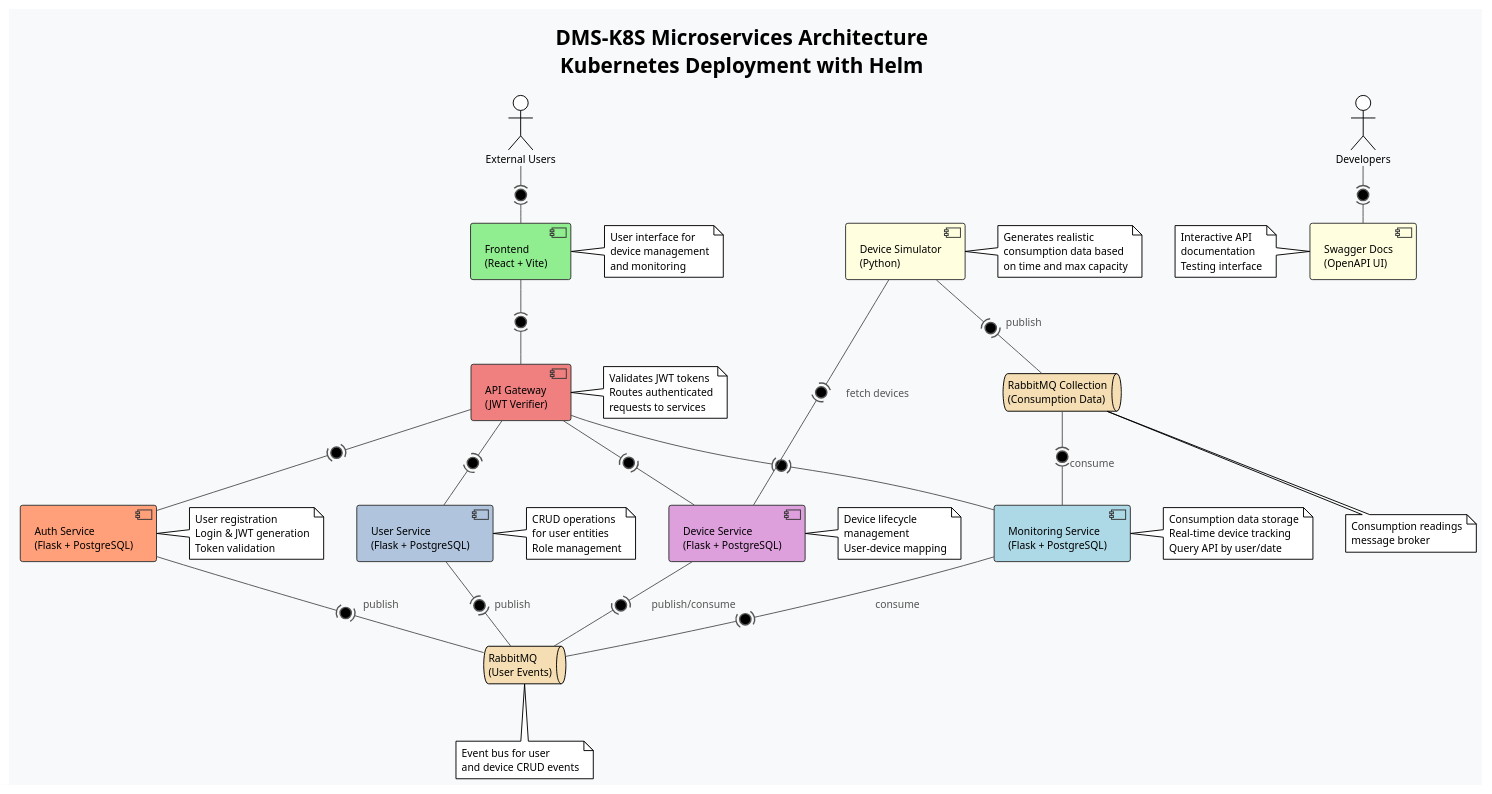
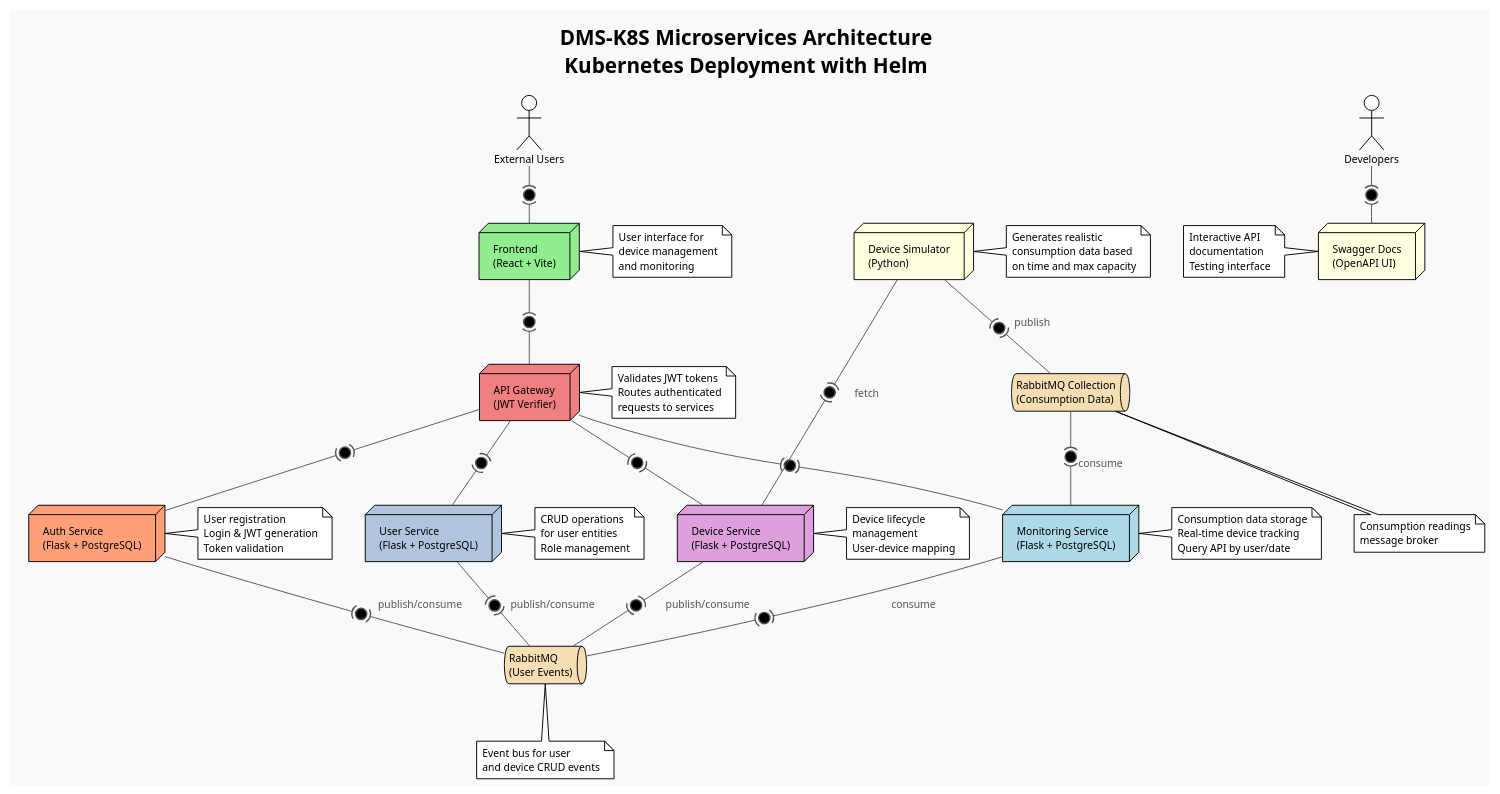
The diagram in deployment.puml (Simi445/DMS-K8S), drawn with PlantUML before and after one commit. The commit also changed 1 other file, not shown here.

```diff
--- a/deployment.puml
+++ b/deployment.puml
@@ -1,104 +1,104 @@
 @startuml
 !theme plain
 skinparam backgroundColor #f8f9fa
 skinparam defaultFontSize 11
 skinparam component {
   BackgroundColor white
   BorderColor #333333
   FontColor #000000
 }
 skinparam ArrowColor #555555
 skinparam ArrowFontColor #555555
 
 title **DMS-K8S Microservices Architecture**\nKubernetes Deployment with Helm
 
 actor "External Users" as Users
 actor "Developers" as Devs
 
-component "Frontend\n(React + Vite)" as Frontend #lightgreen
+node "Frontend\n(React + Vite)" as Frontend #lightgreen
 note right of Frontend
   User interface for
   device management
   and monitoring
 end note
 
-component "API Gateway\n(JWT Verifier)" as Gateway #lightcoral
+node "API Gateway\n(JWT Verifier)" as Gateway #lightcoral
 note right of Gateway
   Validates JWT tokens
   Routes authenticated
   requests to services
 end note
 
-component "Auth Service\n(Flask + PostgreSQL)" as Auth #lightsalmon
+node "Auth Service\n(Flask + PostgreSQL)" as Auth #lightsalmon
 note right of Auth
   User registration
   Login & JWT generation
   Token validation
 end note
 
-component "User Service\n(Flask + PostgreSQL)" as User #lightsteelblue
+node "User Service\n(Flask + PostgreSQL)" as User #lightsteelblue
 note right of User
   CRUD operations
   for user entities
   Role management
 end note
 
-component "Device Service\n(Flask + PostgreSQL)" as Device #plum
+node "Device Service\n(Flask + PostgreSQL)" as Device #plum
 note right of Device
   Device lifecycle
   management
   User-device mapping
 end note
 
-component "Monitoring Service\n(Flask + PostgreSQL)" as Monitoring #lightblue
+node "Monitoring Service\n(Flask + PostgreSQL)" as Monitoring #lightblue
 note right of Monitoring
   Consumption data storage
   Real-time device tracking
   Query API by user/date
 end note
 
-component "Device Simulator\n(Python)" as Simulator #lightyellow
+node "Device Simulator\n(Python)" as Simulator #lightyellow
 note right of Simulator
   Generates realistic
   consumption data based
   on time and max capacity
 end note
 
 queue "RabbitMQ\n(User Events)" as RabbitMQ1 #wheat
 note bottom of RabbitMQ1
   Event bus for user
   and device CRUD events
 end note
 
 queue "RabbitMQ Collection\n(Consumption Data)" as RabbitMQ2 #wheat
 note bottom of RabbitMQ2
   Consumption readings
   message broker
 end note
 
-component "Swagger Docs\n(OpenAPI UI)" as Swagger #lightyellow
+node "Swagger Docs\n(OpenAPI UI)" as Swagger #lightyellow
 note left of Swagger
   Interactive API
   documentation
   Testing interface
 end note
 
 Users -(0)- Frontend
 Frontend -(0)- Gateway
 Gateway -(0)- Auth
 Gateway -(0)- User
 Gateway -(0)- Device
 Gateway -(0)- Monitoring
 
-Auth -(0)- RabbitMQ1 : publish
-User -(0)- RabbitMQ1 : publish
+Auth -(0)- RabbitMQ1 : publish/consume
+User -(0)- RabbitMQ1 : publish/consume
 Device -(0)- RabbitMQ1 : publish/consume
 Monitoring -(0)- RabbitMQ1 : consume
 
-Simulator -(0)- Device : fetch devices
+Simulator -(0)- Device : fetch
 Simulator -(0)- RabbitMQ2 : publish
 RabbitMQ2 -(0)- Monitoring : consume
 
 Devs -(0)- Swagger
 
 @enduml
```
